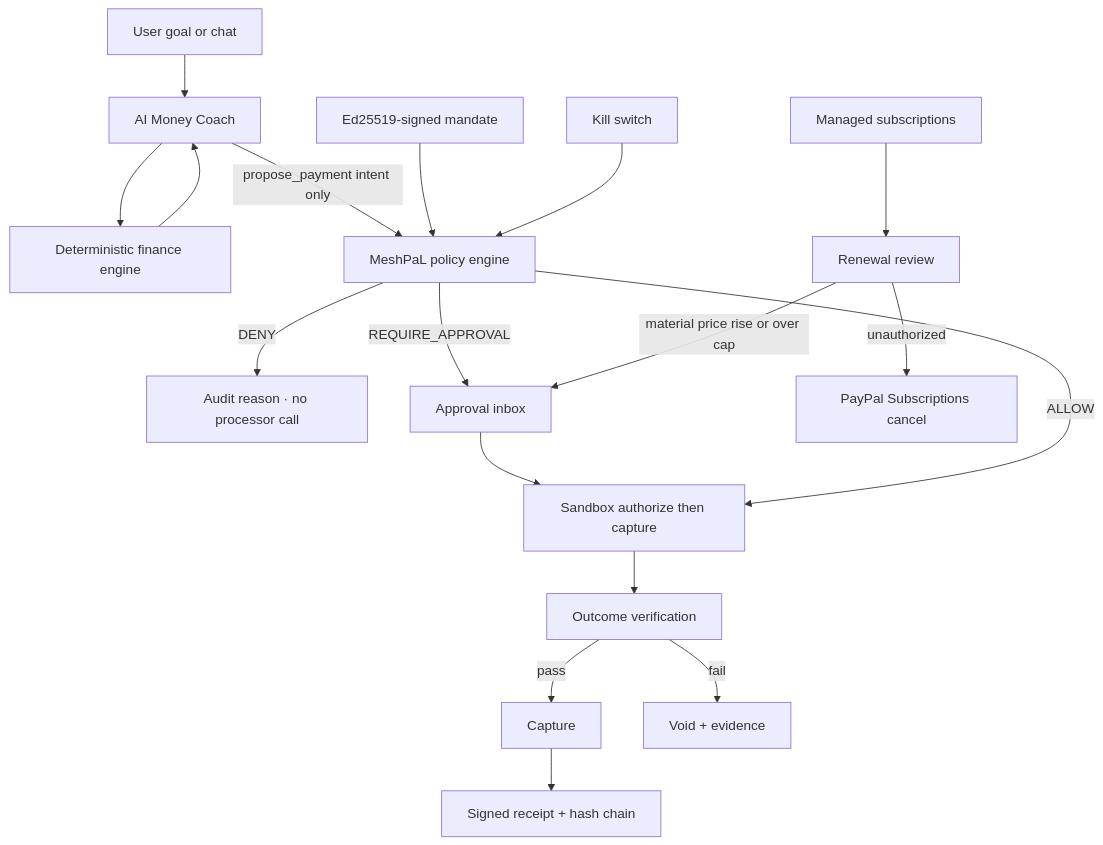
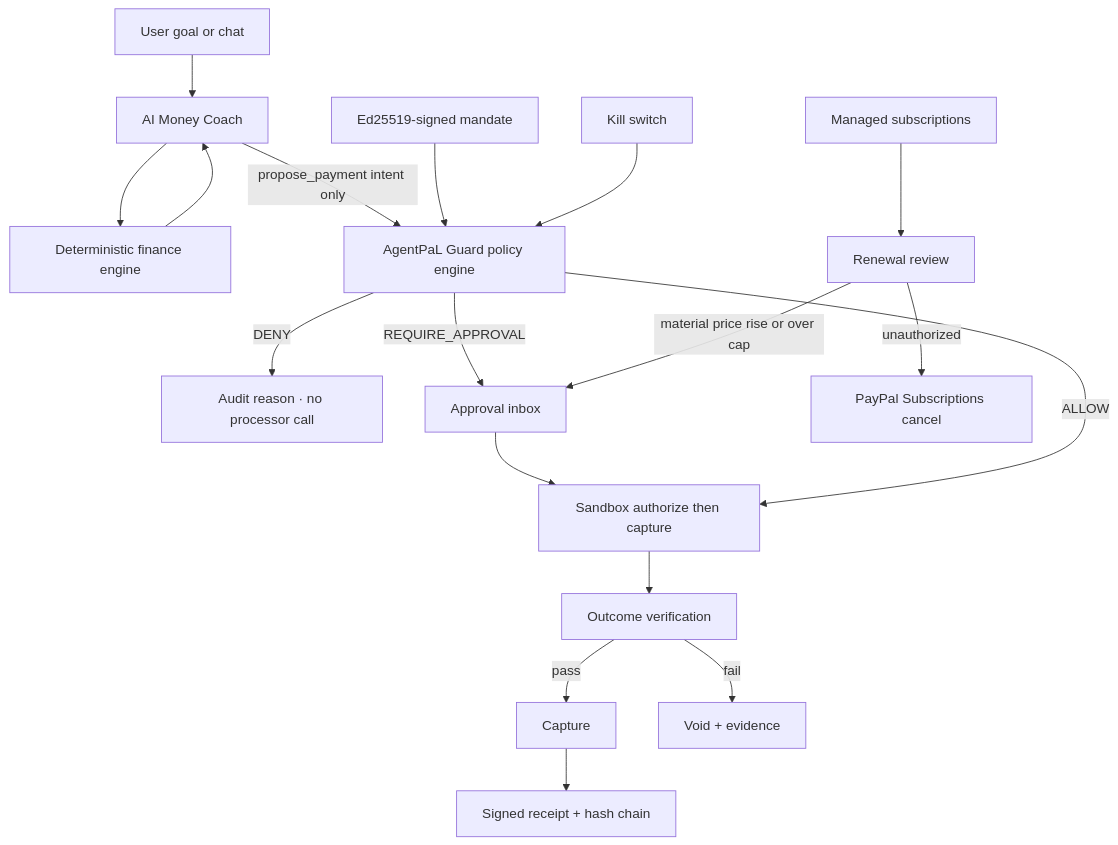
Before and after one commit to CodesbyFebin/AgentPAL: the diagram in README.md, drawn with Mermaid. The commit also changed other lines of this file and 30 other files, not shown here.

First line of the commit message:
feat(brand): rebrand to AgentPaL, add tab deep links, smooth spend chart

````diff
--- a/README.md
+++ b/README.md
@@ -24,20 +26,20 @@
 ```mermaid
 flowchart TD
   U[User goal or chat] --> C[AI Money Coach]
   C --> E[Deterministic finance engine]
   E --> C
-  C -->|propose_payment intent only| P[MeshPaL policy engine]
+  C -->|propose_payment intent only| P[AgentPaL Guard policy engine]
   M[Ed25519-signed mandate] --> P
   KS[Kill switch] --> P
   P -->|DENY| X[Audit reason · no processor call]
   P -->|REQUIRE_APPROVAL| I[Approval inbox]
   I --> Pay
   P -->|ALLOW| Pay[Sandbox authorize then capture]
   Pay --> V[Outcome verification]
   V -->|pass| Cap[Capture]
   V -->|fail| Void[Void + evidence]
   Cap --> Rec[Signed receipt + hash chain]
   Sub[Managed subscriptions] --> Rev[Renewal review]
   Rev -->|material price rise or over cap| I
   Rev -->|unauthorized| Can[PayPal Subscriptions cancel]
 ```
````
